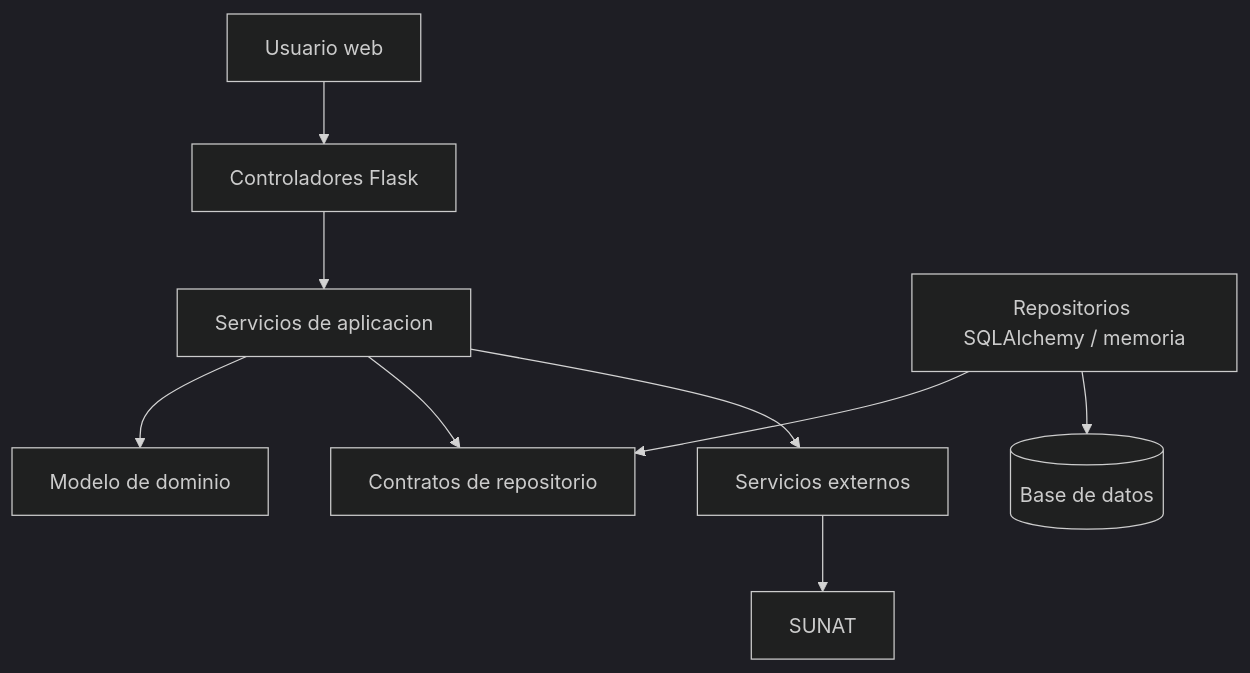
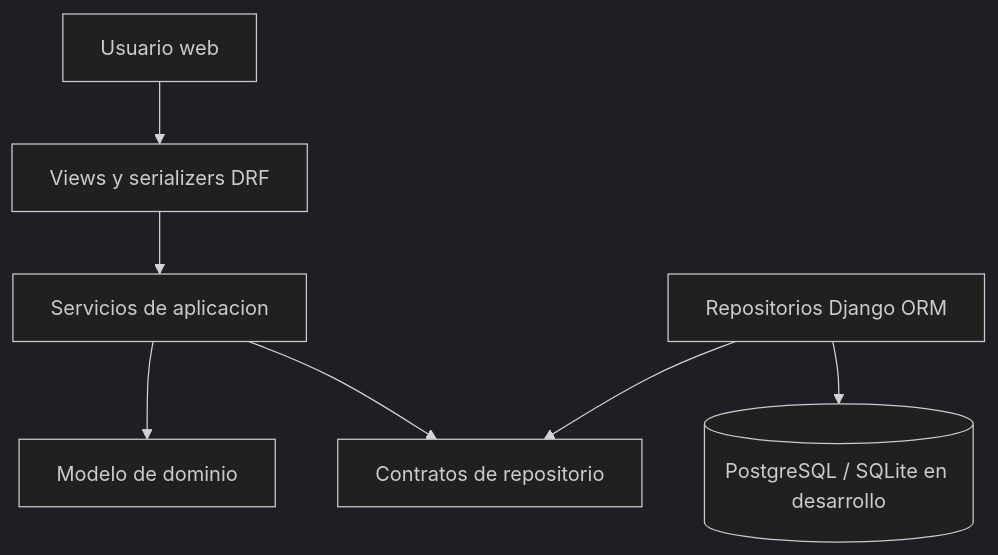
Before and after one commit to javierRock/SoftwareTextil: the first of 3 diagrams in docs/arquitectura.md, drawn with Mermaid (dark theme). The commit also changed other lines of this file and 26 other files, not shown here.

````diff
--- a/docs/arquitectura.md
+++ b/docs/arquitectura.md
@@ -31,11 +31,9 @@
 ```mermaid
 flowchart TD
-    Usuario["Usuario web"] --> Controllers["Controladores Flask"]
+    Usuario["Usuario web"] --> Controllers["Views y serializers DRF"]
     Controllers --> Services["Servicios de aplicacion"]
     Services --> Domain["Modelo de dominio"]
     Services --> Ports["Contratos de repositorio"]
-    Repositories["Repositorios SQLAlchemy / memoria"] --> Ports
-    Repositories --> DB[("Base de datos")]
-    Services --> External["Servicios externos"]
-    External --> Sunat["SUNAT"]
+    Repositories["Repositorios Django ORM"] --> Ports
+    Repositories --> DB[("PostgreSQL / SQLite en desarrollo")]
 ```
````
